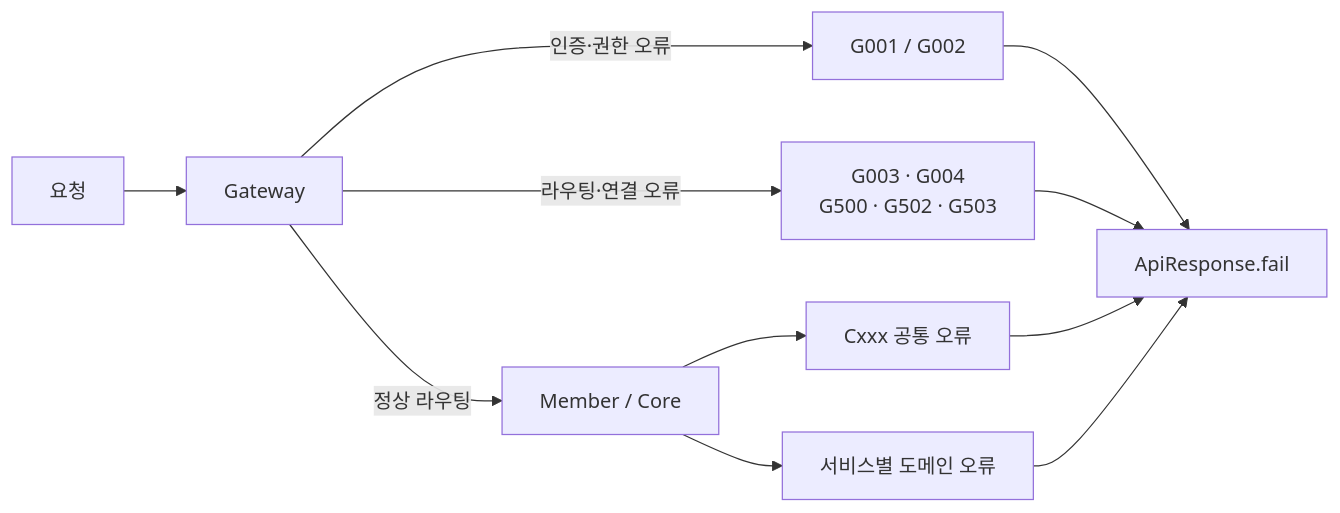
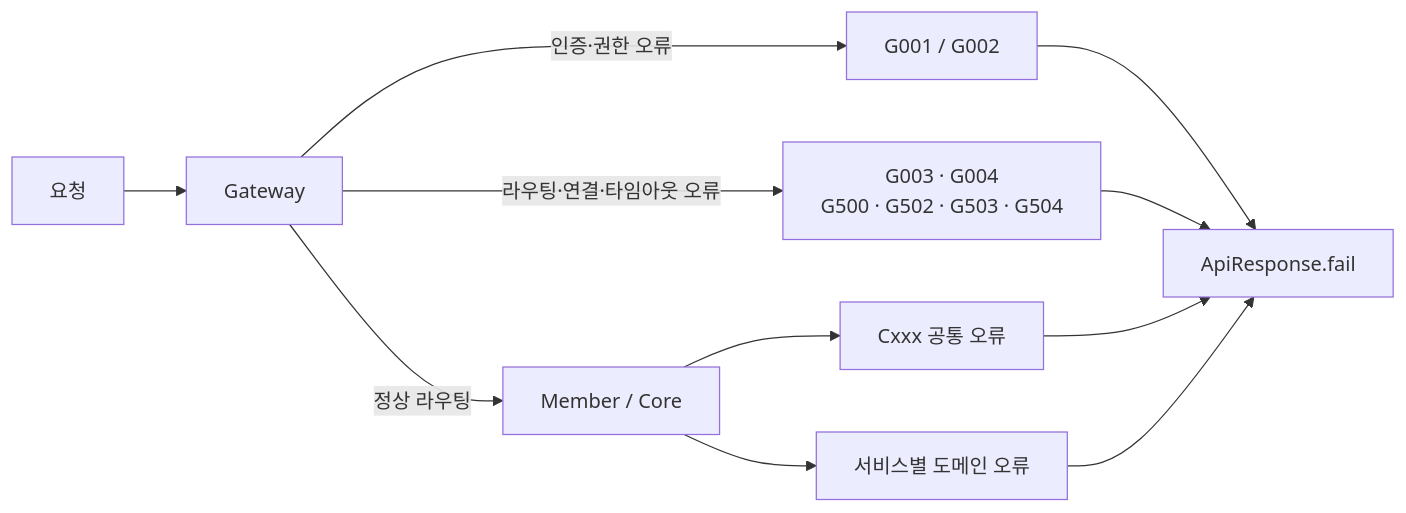
Before and after one commit to prgrms-be-adv-devcourse/beadv7_7_Congcongpodpod_BE: the fourth of 5 diagrams in docs/architecture.md, drawn with Mermaid. The commit also changed other lines of this file and 1 other file, not shown here.

Commit message:
Docs: Gateway 타임아웃 문서화
- Gateway 연결 및 응답 제한 시간 설정을 설명
- 하위 서비스 응답 초과 오류 G504를 아키텍처와 오류 코드 표에 반영

````diff
--- a/docs/architecture.md
+++ b/docs/architecture.md
@@ -112,13 +112,13 @@
 ```mermaid
 flowchart LR
     Request["요청"] --> Gateway
     Gateway -->|"인증·권한 오류"| SecurityError["G001 / G002"]
-    Gateway -->|"라우팅·연결 오류"| GatewayError["G003 · G004<br/>G500 · G502 · G503"]
+    Gateway -->|"라우팅·연결·타임아웃 오류"| GatewayError["G003 · G004<br/>G500 · G502 · G503 · G504"]
     Gateway -->|"정상 라우팅"| Service["Member / Core"]
     Service --> CommonError["Cxxx 공통 오류"]
     Service --> DomainError["서비스별 도메인 오류"]
     SecurityError --> Response["ApiResponse.fail"]
     GatewayError --> Response
     CommonError --> Response
     DomainError --> Response
 ```
````
